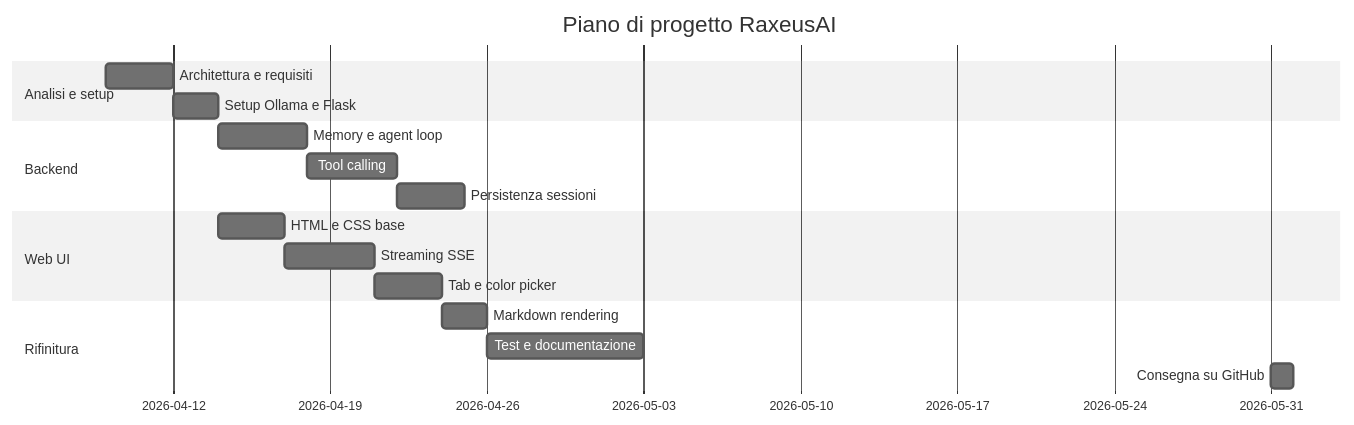
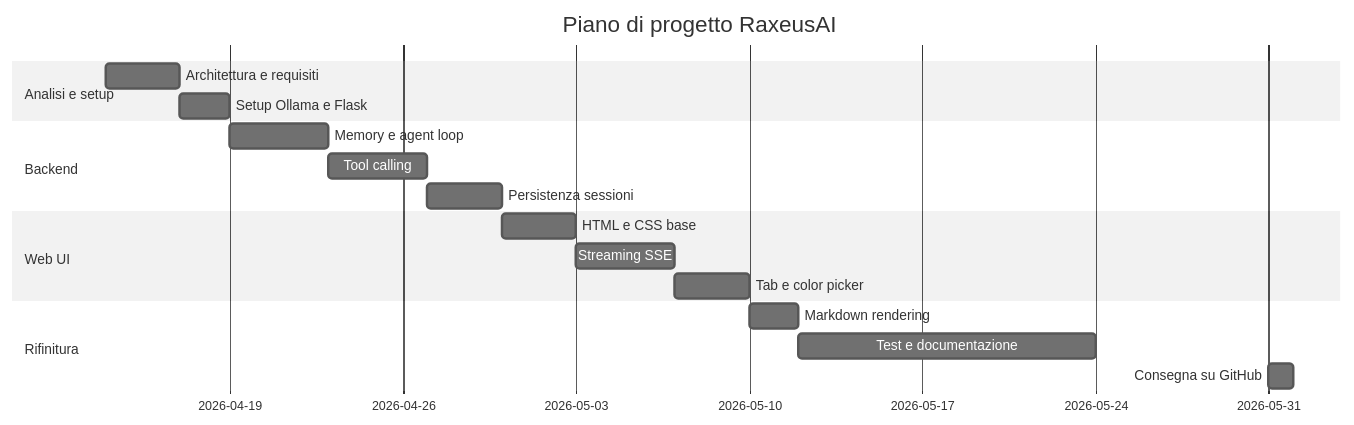
The fourth of 4 diagrams in REQUISITI_PROGETTO.md (AlbertoBruscoliniMain/RaxeusAI), drawn with Mermaid (neutral theme) before and after one commit. The commit also changed other lines of this file, not shown here.

````diff
--- a/REQUISITI_PROGETTO.md
+++ b/REQUISITI_PROGETTO.md
@@ -303,20 +304,20 @@
 ```mermaid
 gantt
     dateFormat  YYYY-MM-DD
     title Piano di progetto RaxeusAI
     section Analisi e setup
-    Architettura e requisiti       :a1, 2026-04-09, 3d
+    Architettura e requisiti       :a1, 2026-04-14, 3d
     Setup Ollama e Flask           :a2, after a1, 2d
     section Backend
     Memory e agent loop            :b1, after a2, 4d
     Tool calling                   :b2, after b1, 4d
     Persistenza sessioni           :b3, after b2, 3d
     section Web UI
-    HTML e CSS base                :c1, after a2, 3d
+    HTML e CSS base                :c1, after b3, 3d
     Streaming SSE                  :c2, after c1, 4d
     Tab e color picker             :c3, after c2, 3d
     section Rifinitura
     Markdown rendering             :d1, after c3, 2d
-    Test e documentazione          :d2, after d1, 7d
+    Test e documentazione          :d2, after d1, 12d
     Consegna su GitHub             :d3, 2026-05-31, 1d
 ```
````
